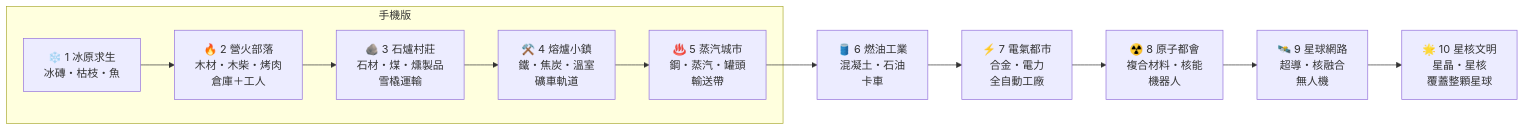
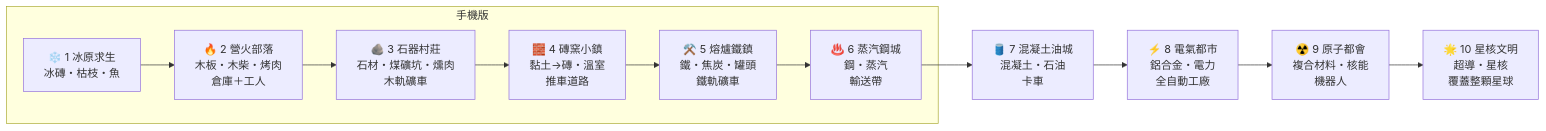
Before and after one commit to wwwcapsule-eng/frost-town: the diagram in docs/企劃評估.md, drawn with Mermaid. The commit also changed other lines of this file and 8 other files, not shown here.

````diff
--- a/docs/企劃評估.md
+++ b/docs/企劃評估.md
@@ -401,19 +415,20 @@
 ```mermaid
 flowchart LR
-  A1[❄️ 1 冰原求生<br>冰磚・枯枝・魚] --> A2[🔥 2 營火部落<br>木材・木柴・烤肉<br>倉庫＋工人]
-  A2 --> A3[🪨 3 石爐村莊<br>石材・煤・燻製品<br>雪橇運輸]
-  A3 --> A4[⚒️ 4 熔爐小鎮<br>鐵・焦炭・溫室<br>礦車軌道]
-  A4 --> A5[♨️ 5 蒸汽城市<br>鋼・蒸汽・罐頭<br>輸送帶]
-  A5 --> A6[🛢️ 6 燃油工業<br>混凝土・石油<br>卡車]
-  A6 --> A7[⚡ 7 電氣都市<br>合金・電力<br>全自動工廠]
-  A7 --> A8[☢️ 8 原子都會<br>複合材料・核能<br>機器人]
-  A8 --> A9[🛰️ 9 星球網路<br>超導・核融合<br>無人機]
-  A9 --> A10[🌟 10 星核文明<br>星晶・星核<br>覆蓋整顆星球]
+  A1[❄️ 1 冰原求生<br>冰磚・枯枝・魚] --> A2[🔥 2 營火部落<br>木板・木柴・烤肉<br>倉庫＋工人]
+  A2 --> A3[🪨 3 石器村莊<br>石材・煤礦坑・燻肉<br>木軌礦車]
+  A3 --> A4[🧱 4 磚窯小鎮<br>黏土→磚・溫室<br>推車道路]
+  A4 --> A5[⚒️ 5 熔爐鐵鎮<br>鐵・焦炭・罐頭<br>鐵軌礦車]
+  A5 --> A6[♨️ 6 蒸汽鋼城<br>鋼・蒸汽<br>輸送帶]
+  A6 --> A7[🛢️ 7 混凝土油城<br>混凝土・石油<br>卡車]
+  A7 --> A8[⚡ 8 電氣都市<br>鋁合金・電力<br>全自動工廠]
+  A8 --> A9[☢️ 9 原子都會<br>複合材料・核能<br>機器人]
+  A9 --> A10[🌟 10 星核文明<br>超導・星核<br>覆蓋整顆星球]
   subgraph 手機版
     A1
     A2
     A3
     A4
     A5
+    A6
   end
 ```
````
